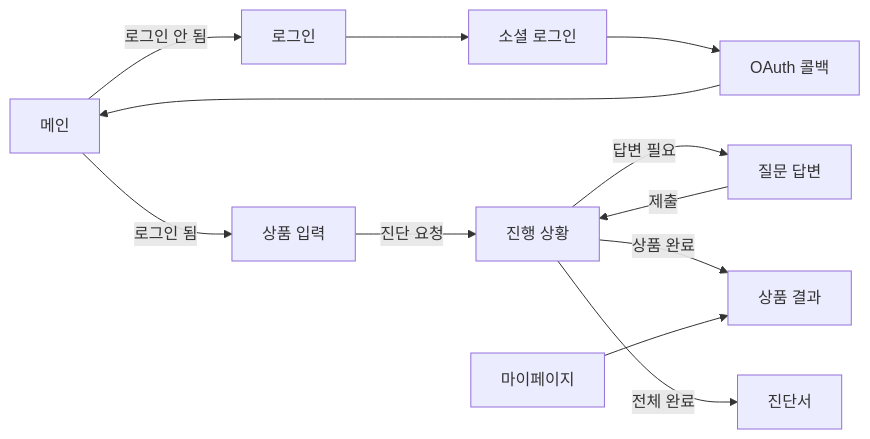
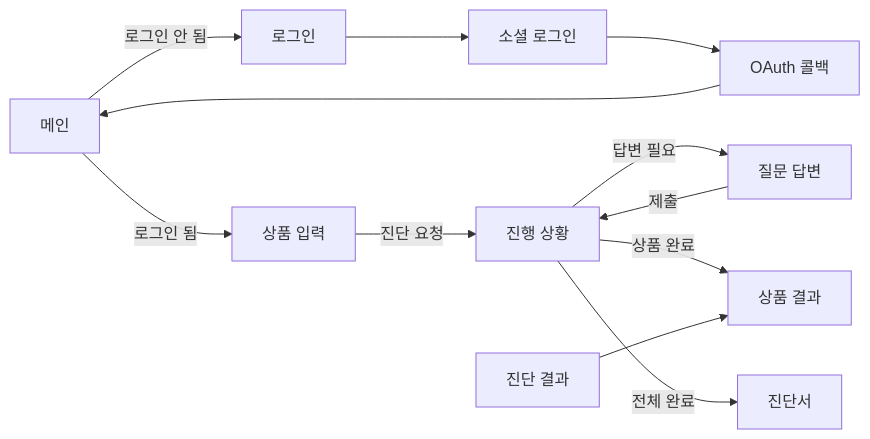
One commit to kakaotechcampus-4/ktc4-kangwon-3 changed the diagram in frontend/README.md. Above: the diagram before and after it, drawn with Mermaid. The commit also changed other lines of this file, not shown here.

Commit message:
docs: FE README의 화면 표·구조도·디렉터리 설명을 현재 구현에 맞게 수정

````diff
--- a/frontend/README.md
+++ b/frontend/README.md
@@ -35,12 +36,12 @@
 ```mermaid
 flowchart LR
     M[메인] -->|로그인 안 됨| L[로그인]
     L --> O[소셜 로그인] --> CB[OAuth 콜백] --> M
     M -->|로그인 됨| U[상품 입력]
     U -->|진단 요청| J[진행 상황]
     J -->|답변 필요| Q[질문 답변]
     Q -->|제출| J
     J -->|상품 완료| RP[상품 결과]
     J -->|전체 완료| RD[진단서]
-    MY[마이페이지] --> RP
+    PL[진단 결과] --> RP
 ```
````
